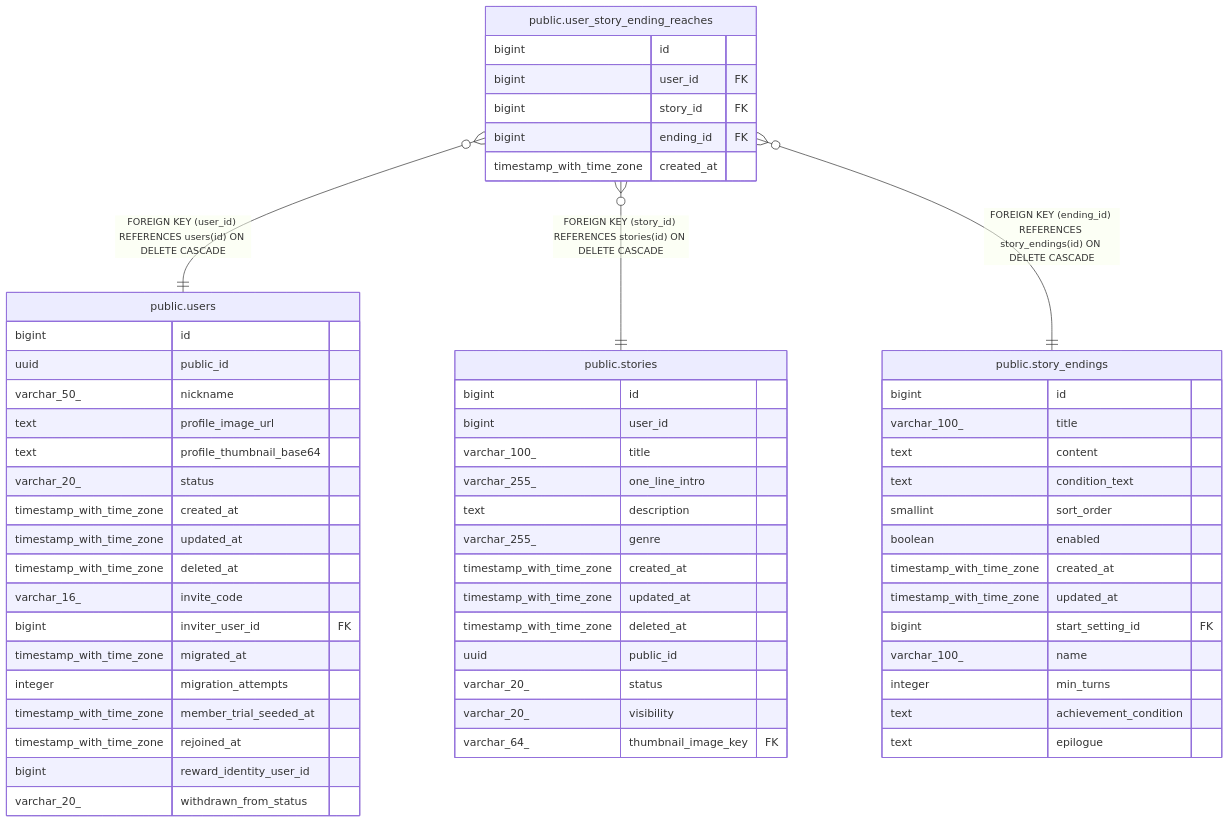
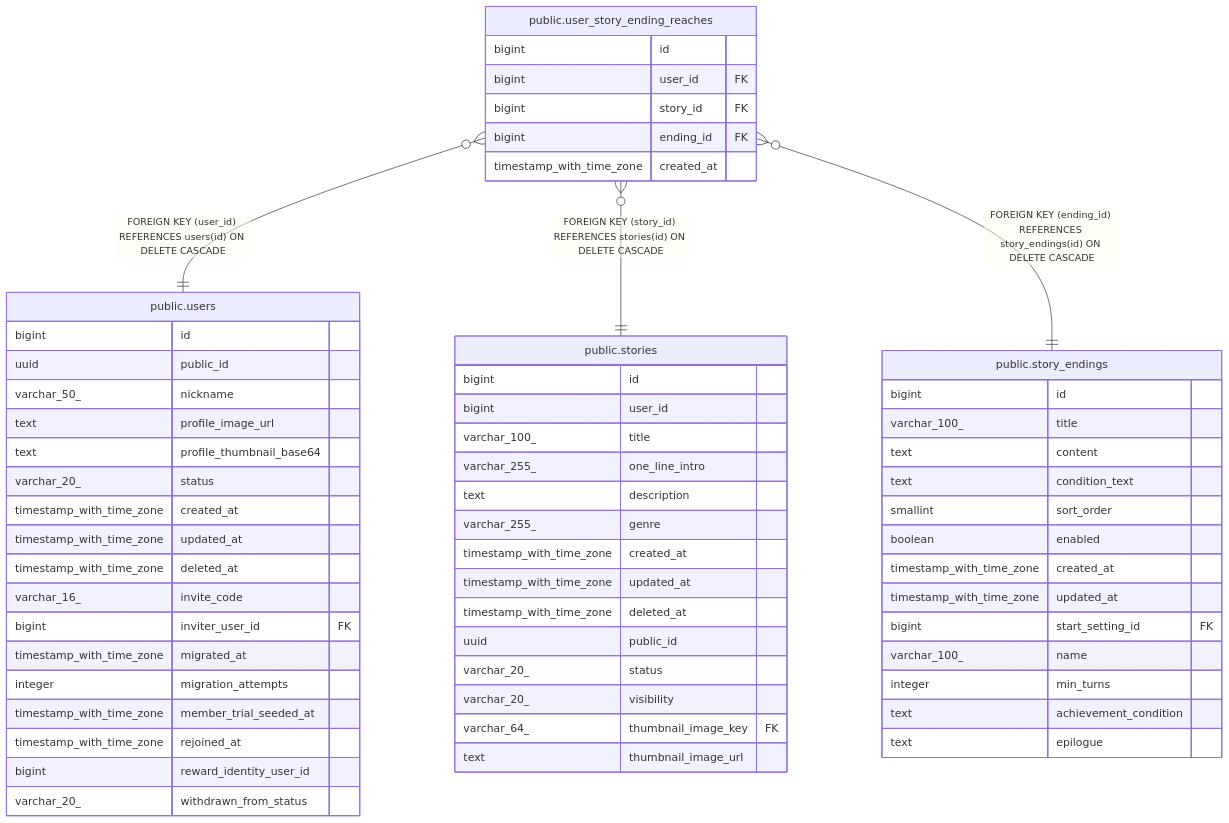
The diagram in dbdoc/public.user_story_ending_reaches.md (KIM-N-KANG/manyak-server), drawn with Mermaid before and after one commit. The commit also changed 30 other files, not shown here.

````diff
--- a/dbdoc/public.user_story_ending_reaches.md
+++ b/dbdoc/public.user_story_ending_reaches.md
@@ -33,64 +33,65 @@
 ```mermaid
 erDiagram
 
 "public.user_story_ending_reaches" }o--|| "public.users" : "FOREIGN KEY (user_id) REFERENCES users(id) ON DELETE CASCADE"
 "public.user_story_ending_reaches" }o--|| "public.stories" : "FOREIGN KEY (story_id) REFERENCES stories(id) ON DELETE CASCADE"
 "public.user_story_ending_reaches" }o--|| "public.story_endings" : "FOREIGN KEY (ending_id) REFERENCES story_endings(id) ON DELETE CASCADE"
 
 "public.user_story_ending_reaches" {
   bigint id
   bigint user_id FK
   bigint story_id FK
   bigint ending_id FK
   timestamp_with_time_zone created_at
 }
 "public.users" {
   bigint id
   uuid public_id
   varchar_50_ nickname
   text profile_image_url
   text profile_thumbnail_base64
   varchar_20_ status
   timestamp_with_time_zone created_at
   timestamp_with_time_zone updated_at
   timestamp_with_time_zone deleted_at
   varchar_16_ invite_code
   bigint inviter_user_id FK
   timestamp_with_time_zone migrated_at
   integer migration_attempts
   timestamp_with_time_zone member_trial_seeded_at
   timestamp_with_time_zone rejoined_at
   bigint reward_identity_user_id
   varchar_20_ withdrawn_from_status
 }
 "public.stories" {
   bigint id
   bigint user_id
   varchar_100_ title
   varchar_255_ one_line_intro
   text description
   varchar_255_ genre
   timestamp_with_time_zone created_at
   timestamp_with_time_zone updated_at
   timestamp_with_time_zone deleted_at
   uuid public_id
   varchar_20_ status
   varchar_20_ visibility
   varchar_64_ thumbnail_image_key FK
+  text thumbnail_image_url
 }
 "public.story_endings" {
   bigint id
   varchar_100_ title
   text content
   text condition_text
   smallint sort_order
   boolean enabled
   timestamp_with_time_zone created_at
   timestamp_with_time_zone updated_at
   bigint start_setting_id FK
   varchar_100_ name
   integer min_turns
   text achievement_condition
   text epilogue
 }
 ```
````
